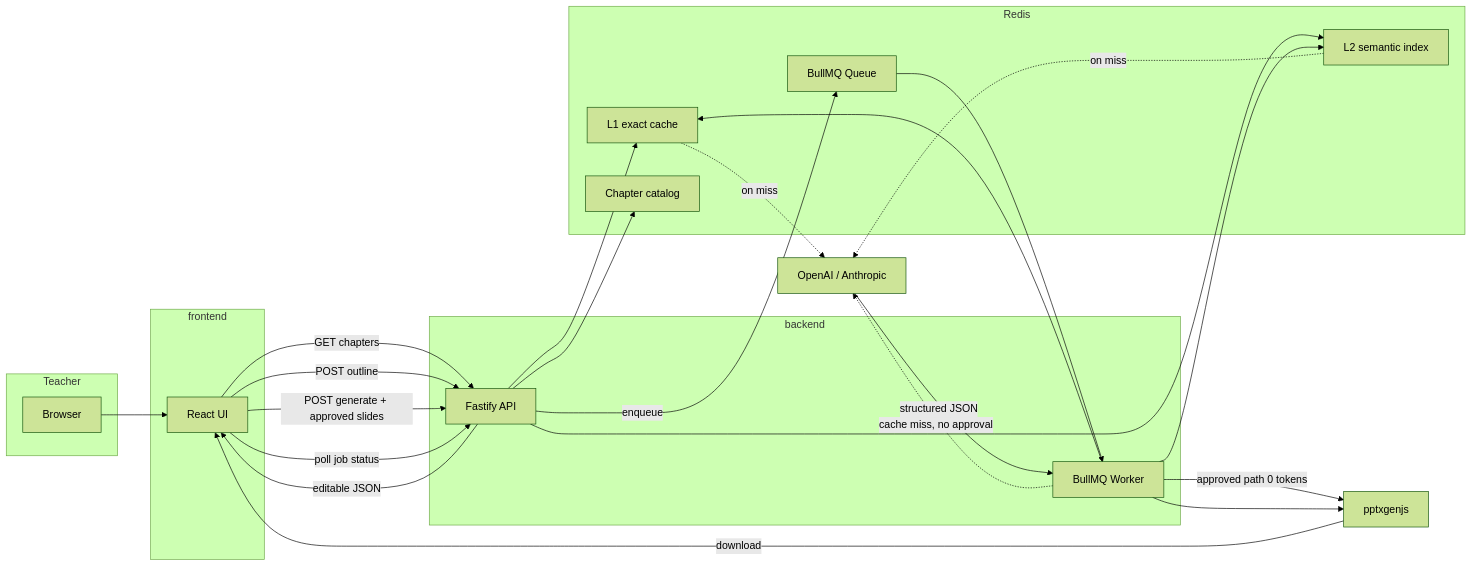
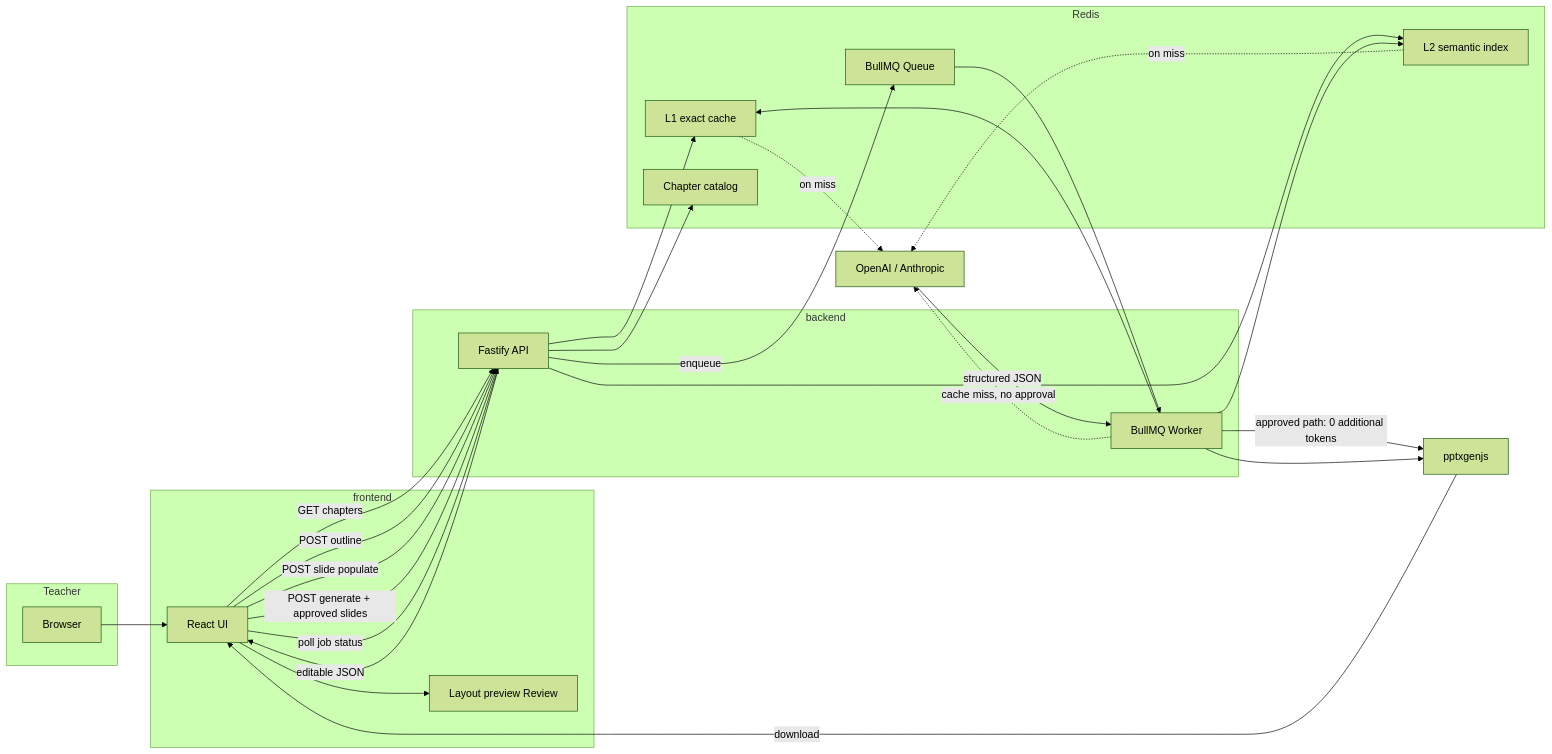
Before and after one commit to BishalJena/savra-gen: the first of 4 diagrams in architecture/diagram.md, drawn with Mermaid (forest theme). The commit also changed other lines of this file and 44 other files, not shown here.

First line of the commit message:
Enhance PPT generation system with layout preview and per-slide population.

````diff
--- a/architecture/diagram.md
+++ b/architecture/diagram.md
@@ -7,46 +7,49 @@
 ```mermaid
 flowchart LR
   subgraph teacher [Teacher]
     Browser[Browser]
   end
 
   subgraph frontend [frontend]
     UI[React UI]
+    Preview[Layout preview Review]
   end
 
   subgraph backend [backend]
     API[Fastify API]
     Worker[BullMQ Worker]
   end
 
   subgraph redis [Redis]
     Queue[BullMQ Queue]
     L1[L1 exact cache]
     L2[L2 semantic index]
     Chapters[Chapter catalog]
   end
 
   LLM[OpenAI / Anthropic]
   PPTX[pptxgenjs]
 
   Browser --> UI
+  UI --> Preview
   UI -->|GET chapters| API
   UI -->|POST outline| API
+  UI -->|POST slide populate| API
   API --> Chapters
   API --> L1
   API --> L2
   L2 -.->|on miss| LLM
   L1 -.->|on miss| LLM
   API -->|editable JSON| UI
   UI -->|POST generate + approved slides| API
   API -->|enqueue| Queue
   Queue --> Worker
   Worker --> L1
   Worker --> L2
   Worker -.->|cache miss, no approval| LLM
-  Worker -->|approved path 0 tokens| PPTX
+  Worker -->|approved path: 0 additional tokens| PPTX
   LLM -->|structured JSON| Worker
   Worker --> PPTX
   PPTX -->|download| UI
   UI -->|poll job status| API
 ```
````
